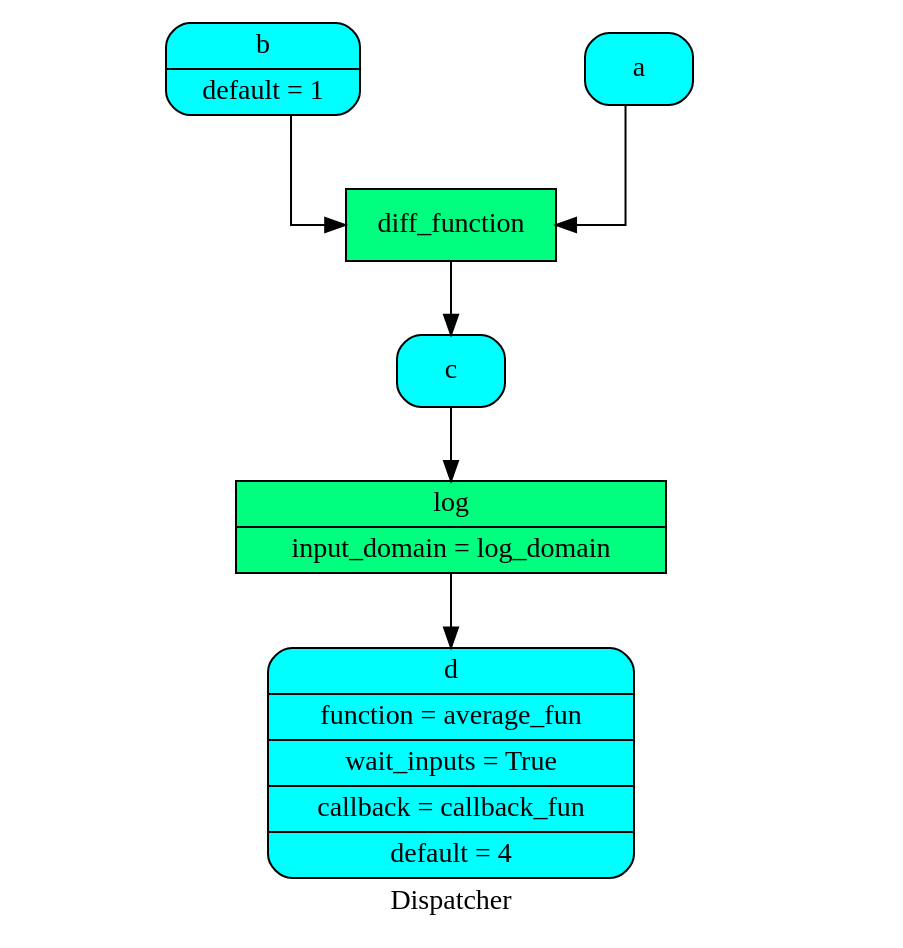
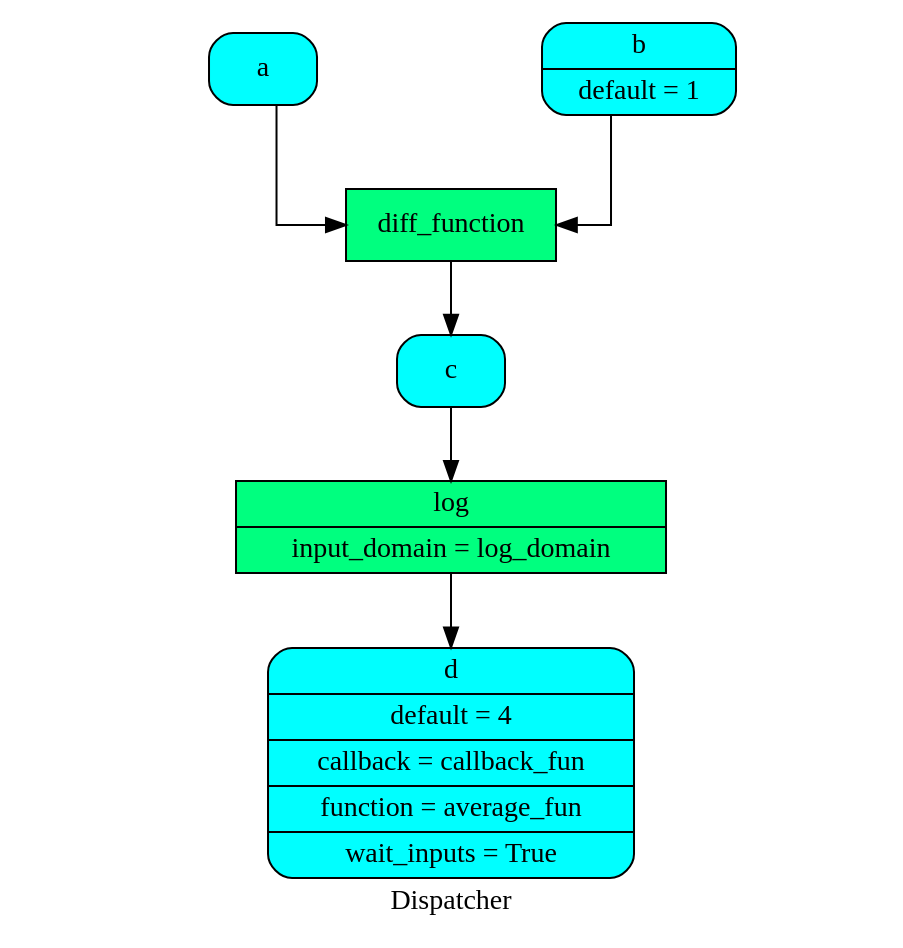
Before and after one commit to vinci1it2000/schedula: the diagram in doc/source/dispatcher/__init__/Dispatcher/dsp.dot, drawn with Graphviz. The commit also changed 26 other files, not shown here.

```diff
--- a/doc/source/dispatcher/__init__/Dispatcher/dsp.dot
+++ b/doc/source/dispatcher/__init__/Dispatcher/dsp.dot
@@ -1,17 +1,17 @@
 digraph Dispatcher {
 	graph [ratio=1]
 	node [style=filled]
+	label = "Dispatcher"
 	splines = ortho
-	label = "Dispatcher"
-		Dispatcher_6013051498004961488 [label="{ diff_function  }" fillcolor=springgreen shape=record]
-		"Dispatcher_-427784935824896063" [label="{ b | default = 1 }" fillcolor=cyan shape=Mrecord]
-		"Dispatcher_-6866225254170713515" [label="{ d | function = average_fun | wait_inputs = True | callback = callback_fun | default = 4 }" fillcolor=cyan shape=Mrecord]
-		Dispatcher_5626300579074633926 [label="{ c  }" fillcolor=cyan shape=Mrecord]
-		"Dispatcher_-3574468403947108869" [label="{ a  }" fillcolor=cyan shape=Mrecord]
-		"Dispatcher_-7227856657863221857" [label="{ log | input_domain = log_domain }" fillcolor=springgreen shape=record]
-			Dispatcher_6013051498004961488 -> Dispatcher_5626300579074633926
-			"Dispatcher_-427784935824896063" -> Dispatcher_6013051498004961488
-			Dispatcher_5626300579074633926 -> "Dispatcher_-7227856657863221857"
-			"Dispatcher_-3574468403947108869" -> Dispatcher_6013051498004961488
-			"Dispatcher_-7227856657863221857" -> "Dispatcher_-6866225254170713515"
+		"Dispatcher_-2509492657833815664" [label="{ log | input_domain = log_domain }" fillcolor=springgreen shape=record]
+		Dispatcher_4028652557604299651 [label="{ d | default = 4 | callback = callback_fun | function = average_fun | wait_inputs = True }" fillcolor=cyan shape=Mrecord]
+		Dispatcher_3829604048406725252 [label="{ diff_function  }" fillcolor=springgreen shape=record]
+		"Dispatcher_-1739731674132073175" [label="{ c  }" fillcolor=cyan shape=Mrecord]
+		"Dispatcher_-8503278920192876870" [label="{ a  }" fillcolor=cyan shape=Mrecord]
+		"Dispatcher_-3117625956851900853" [label="{ b | default = 1 }" fillcolor=cyan shape=Mrecord]
+			"Dispatcher_-2509492657833815664" -> Dispatcher_4028652557604299651
+			Dispatcher_3829604048406725252 -> "Dispatcher_-1739731674132073175"
+			"Dispatcher_-1739731674132073175" -> "Dispatcher_-2509492657833815664"
+			"Dispatcher_-8503278920192876870" -> Dispatcher_3829604048406725252
+			"Dispatcher_-3117625956851900853" -> Dispatcher_3829604048406725252
 }
```
